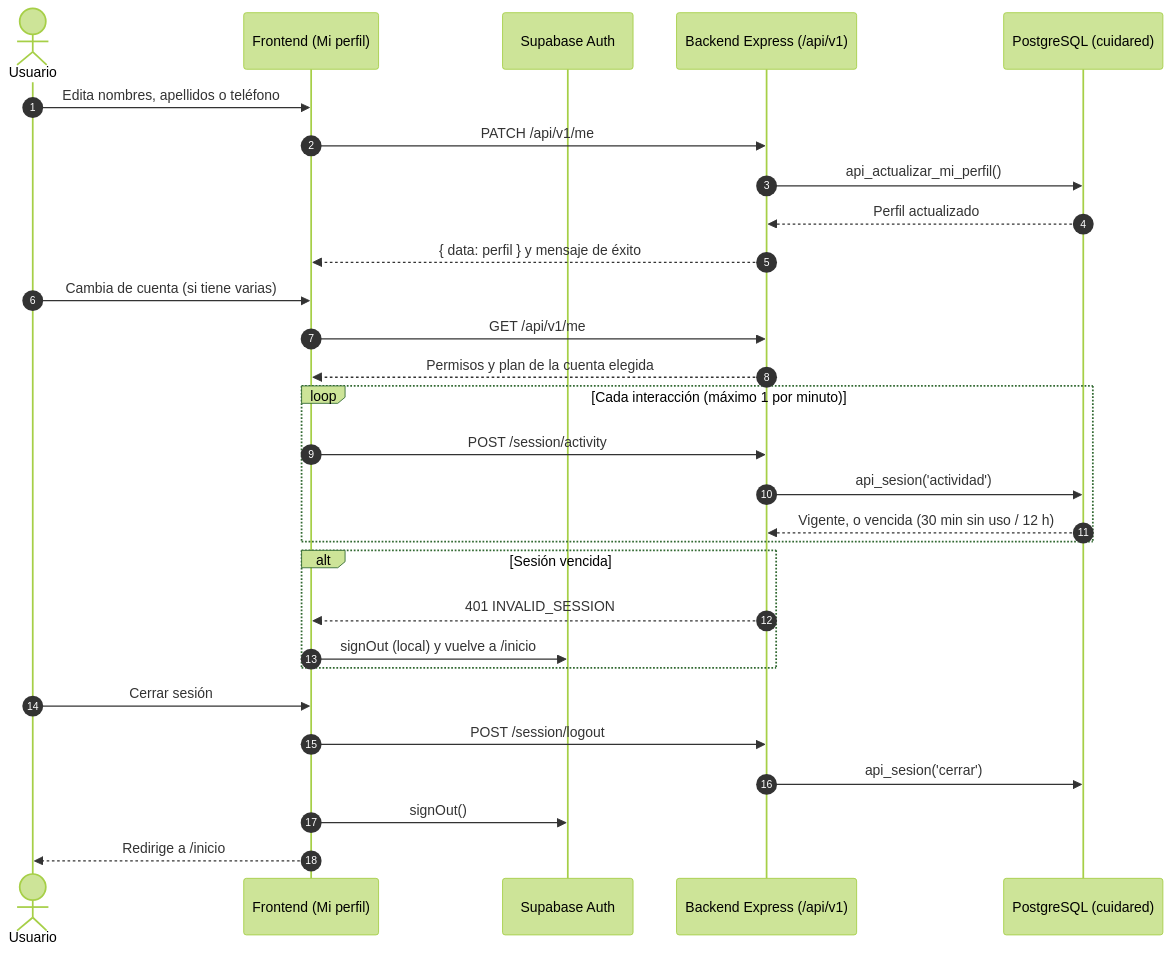
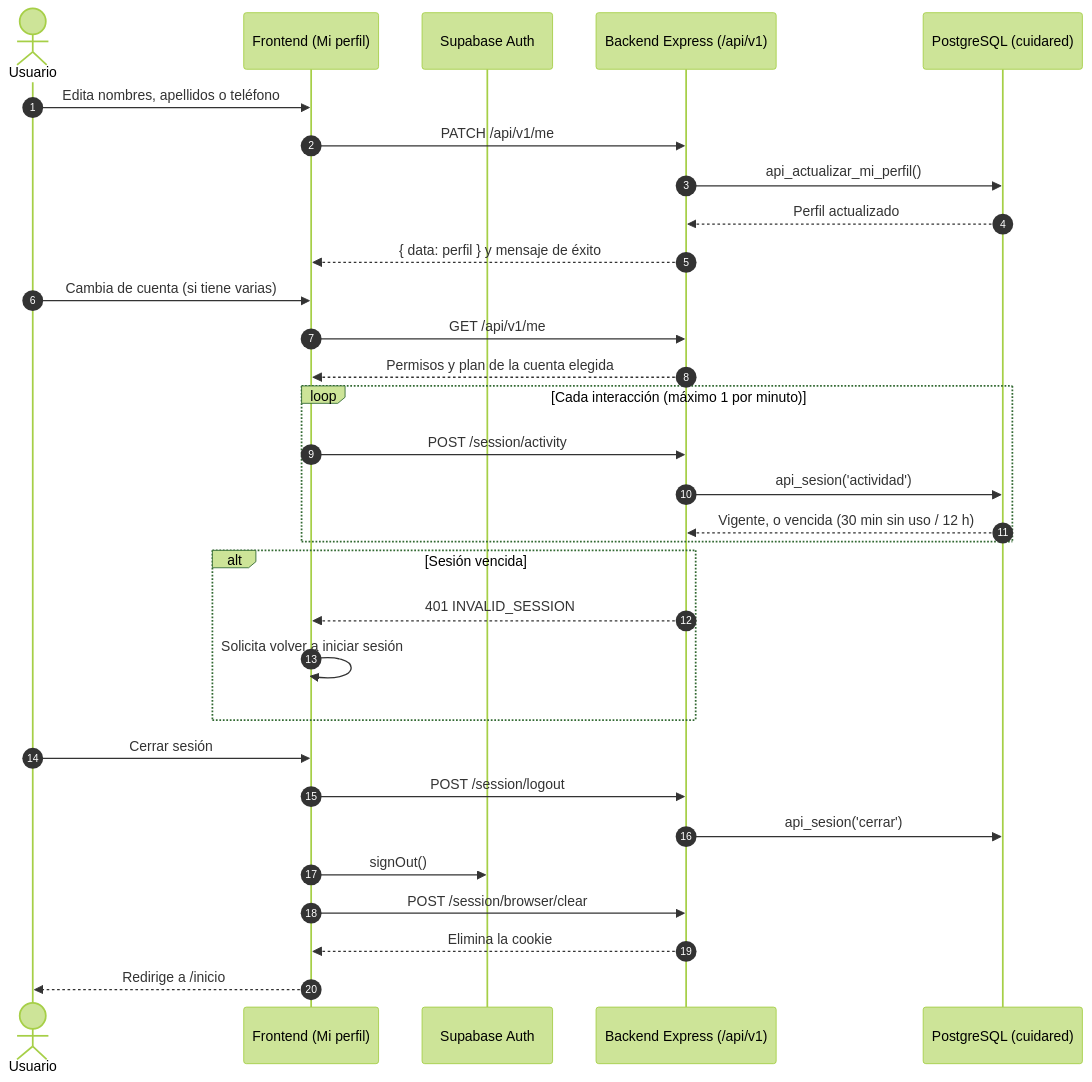
Before and after one commit to katrielcastillo-blip/CuidaRed-Frontend: the second of 2 diagrams in docs/diagramas/flujo-login-perfil.md, drawn with Mermaid (forest theme). The commit also changed other lines of this file and 18 other files, not shown here.

````diff
--- a/docs/diagramas/flujo-login-perfil.md
+++ b/docs/diagramas/flujo-login-perfil.md
@@ -29,31 +35,33 @@
 ```mermaid
 sequenceDiagram
   autonumber
   actor U as Usuario
   participant F as Frontend (Mi perfil)
   participant A as Supabase Auth
   participant E as Backend Express (/api/v1)
   participant P as PostgreSQL (cuidared)
   U->>F: Edita nombres, apellidos o teléfono
   F->>E: PATCH /api/v1/me
   E->>P: api_actualizar_mi_perfil()
   P-->>E: Perfil actualizado
   E-->>F: { data: perfil } y mensaje de éxito
   U->>F: Cambia de cuenta (si tiene varias)
   F->>E: GET /api/v1/me
   E-->>F: Permisos y plan de la cuenta elegida
   loop Cada interacción (máximo 1 por minuto)
     F->>E: POST /session/activity
     E->>P: api_sesion('actividad')
     P-->>E: Vigente, o vencida (30 min sin uso / 12 h)
   end
   alt Sesión vencida
     E-->>F: 401 INVALID_SESSION
-    F->>A: signOut (local) y vuelve a /inicio
+    F->>F: Solicita volver a iniciar sesión
   end
   U->>F: Cerrar sesión
   F->>E: POST /session/logout
   E->>P: api_sesion('cerrar')
   F->>A: signOut()
+  F->>E: POST /session/browser/clear
+  E-->>F: Elimina la cookie
   F-->>U: Redirige a /inicio
 ```
````
